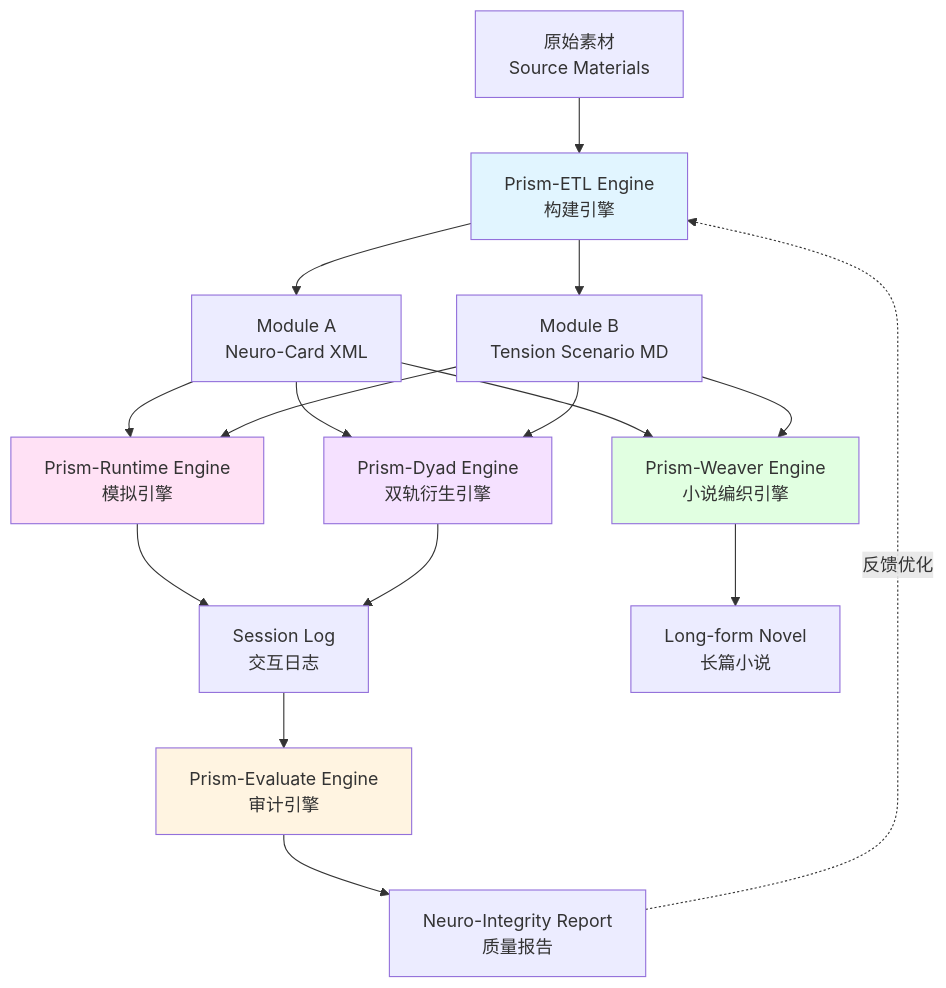
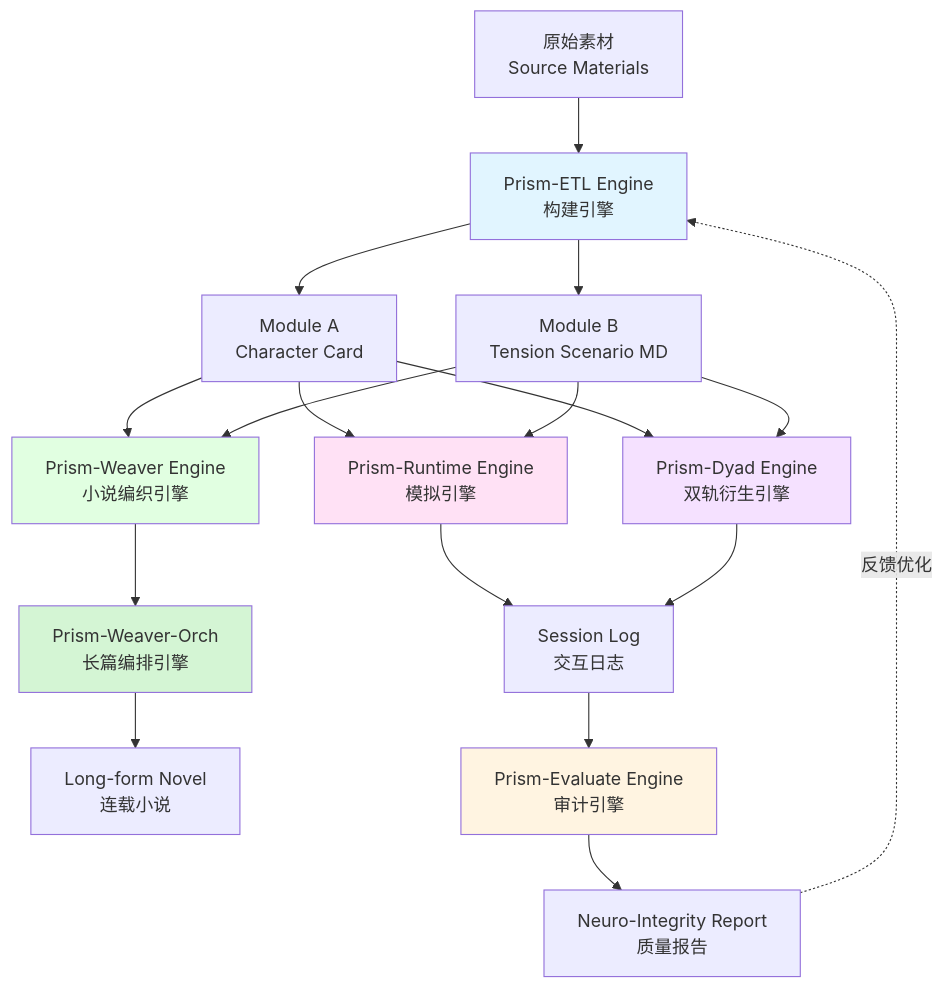
The diagram in 03_Modulation/README.md (3aKHP/Neural-Narratology), drawn with Mermaid before and after one commit. The commit also changed other lines of this file and 2 other files, not shown here.

Commit message:
docs(readme): sync documentation with V8.x releases and Weaver-Orch engine

````diff
--- a/03_Modulation/README.md
+++ b/03_Modulation/README.md
@@ -21,24 +22,26 @@
 ```mermaid
 graph TB
     A[原始素材<br/>Source Materials] --> B[Prism-ETL Engine<br/>构建引擎]
-    B --> C[Module A<br/>Neuro-Card XML]
+    B --> C[Module A<br/>Character Card]
     B --> D[Module B<br/>Tension Scenario MD]
     C --> E[Prism-Runtime Engine<br/>模拟引擎]
     C --> W[Prism-Weaver Engine<br/>小说编织引擎]
     D --> E
     D --> W
     C --> Y[Prism-Dyad Engine<br/>双轨衍生引擎]
     D --> Y
     E --> F[Session Log<br/>交互日志]
     Y --> F
+    W --> O[Prism-Weaver-Orch<br/>长篇编排引擎]
+    O --> N[Long-form Novel<br/>连载小说]
     F --> G[Prism-Evaluate Engine<br/>审计引擎]
     G --> H[Neuro-Integrity Report<br/>质量报告]
     H -.反馈优化.-> B
-    W --> N[Long-form Novel<br/>长篇小说]
     
     style B fill:#e1f5ff
     style E fill:#ffe1f5
     style W fill:#e1ffe1
+    style O fill:#d4f5d4
     style Y fill:#f5e1ff
     style G fill:#fff4e1
 ```
````
